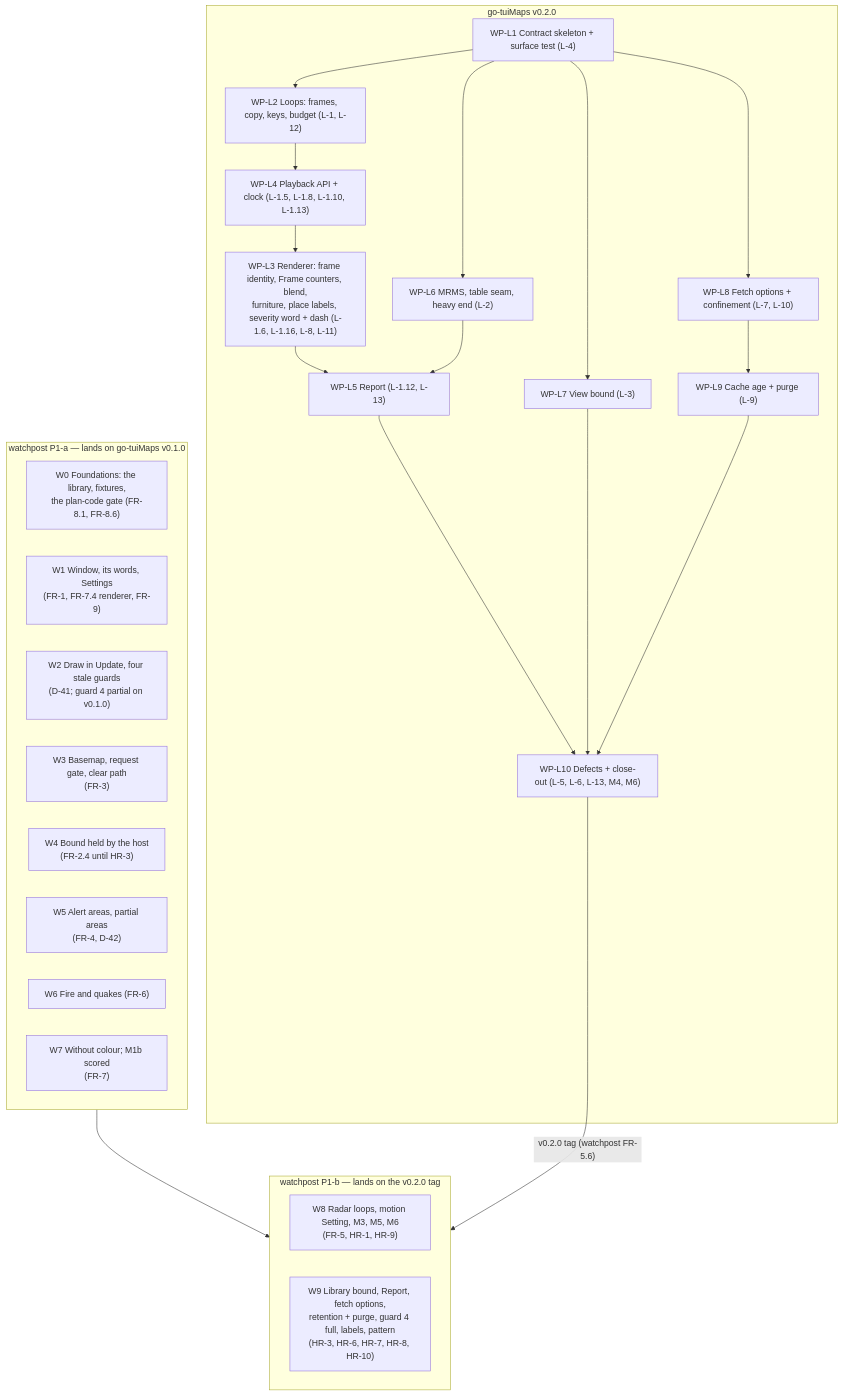
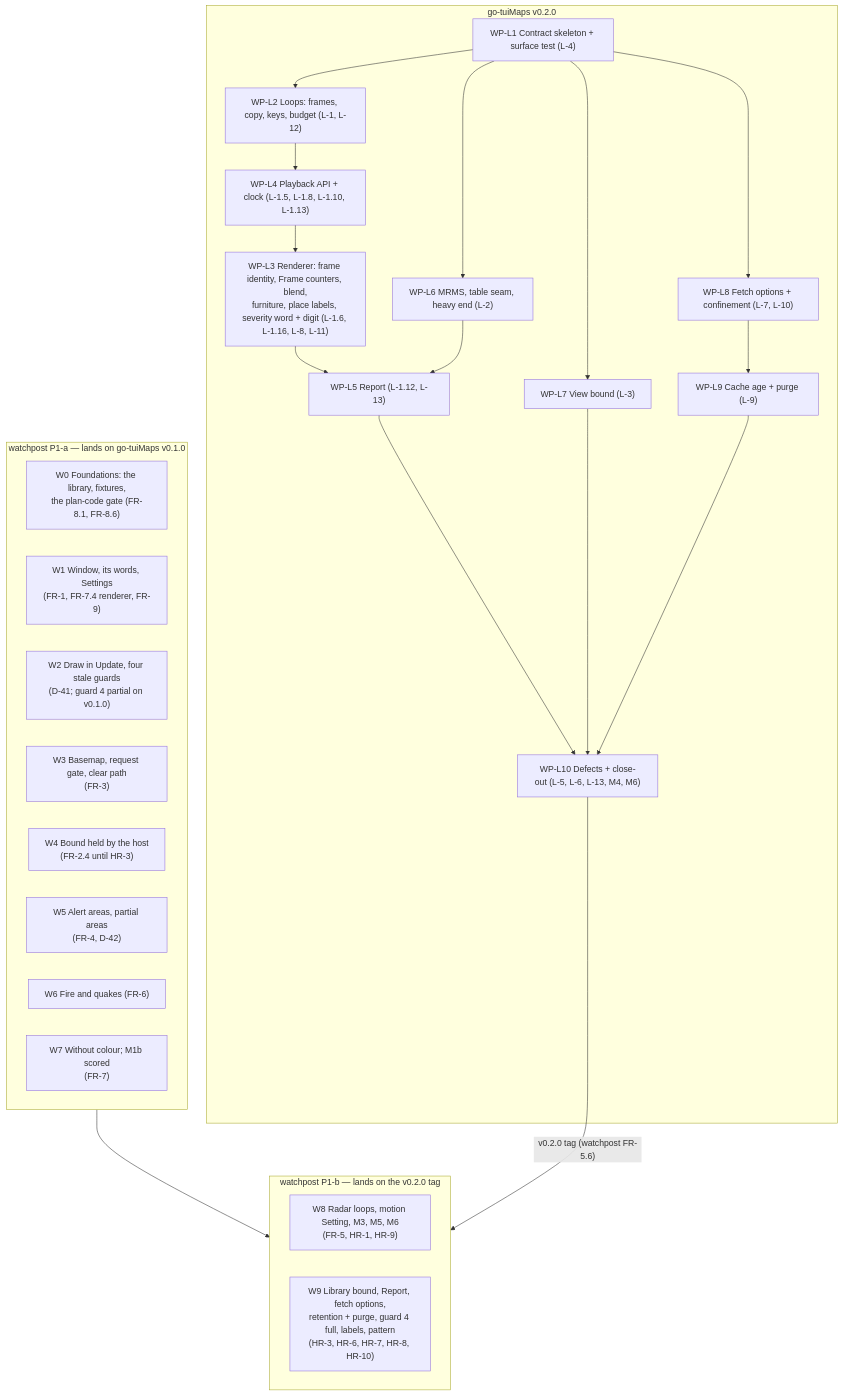
The diagram in 06_docs/02_features/radar-loops/03-architecture-design/integration-map.md (branden-thompson/go-tuimaps), drawn with Mermaid before and after one commit. The commit also changed other lines of this file and 37 other files, not shown here.

Commit message:
radar-loops: the D-17 specimens (32, 33), D-64 and D-65 (a severity digit on the outline); PLAN red team round received

````diff
--- a/06_docs/02_features/radar-loops/03-architecture-design/integration-map.md
+++ b/06_docs/02_features/radar-loops/03-architecture-design/integration-map.md
@@ -19,38 +19,38 @@
 ```mermaid
 flowchart TB
   subgraph WP1["watchpost P1-a — lands on go-tuiMaps v0.1.0"]
     W0["W0 Foundations: the library, fixtures,<br/>the plan-code gate (FR-8.1, FR-8.6)"]
     W1["W1 Window, its words, Settings<br/>(FR-1, FR-7.4 renderer, FR-9)"]
     W2["W2 Draw in Update, four stale guards<br/>(D-41; guard 4 partial on v0.1.0)"]
     W3["W3 Basemap, request gate, clear path<br/>(FR-3)"]
     W4["W4 Bound held by the host<br/>(FR-2.4 until HR-3)"]
     W5["W5 Alert areas, partial areas<br/>(FR-4, D-42)"]
     W6["W6 Fire and quakes (FR-6)"]
     W7["W7 Without colour; M1b scored<br/>(FR-7)"]
   end
   subgraph LIB["go-tuiMaps v0.2.0"]
     L0["WP-L1 Contract skeleton + surface test (L-4)"]
     L1["WP-L2 Loops: frames, copy, keys, budget (L-1, L-12)"]
     L3["WP-L4 Playback API + clock (L-1.5, L-1.8, L-1.10, L-1.13)"]
-    L2["WP-L3 Renderer: frame identity, Frame counters, blend,<br/>furniture, place labels, severity word + dash (L-1.6, L-1.16, L-8, L-11)"]
+    L2["WP-L3 Renderer: frame identity, Frame counters, blend,<br/>furniture, place labels, severity word + digit (L-1.6, L-1.16, L-8, L-11)"]
     L4["WP-L5 Report (L-1.12, L-13)"]
     L5["WP-L6 MRMS, table seam, heavy end (L-2)"]
     L6["WP-L7 View bound (L-3)"]
     L7["WP-L8 Fetch options + confinement (L-7, L-10)"]
     L8["WP-L9 Cache age + purge (L-9)"]
     L9["WP-L10 Defects + close-out (L-5, L-6, L-13, M4, M6)"]
     L0 --> L1 --> L3 --> L2 --> L4
     L0 --> L5 --> L4
     L0 --> L6
     L0 --> L7 --> L8
     L4 --> L9
     L6 --> L9
     L8 --> L9
   end
   subgraph WP2["watchpost P1-b — lands on the v0.2.0 tag"]
     W8["W8 Radar loops, motion Setting, M3, M5, M6<br/>(FR-5, HR-1, HR-9)"]
     W9["W9 Library bound, Report, fetch options,<br/>retention + purge, guard 4 full, labels, pattern<br/>(HR-3, HR-6, HR-7, HR-8, HR-10)"]
   end
   WP1 --> WP2
   L9 -->|"v0.2.0 tag (watchpost FR-5.6)"| WP2
 ```
````
